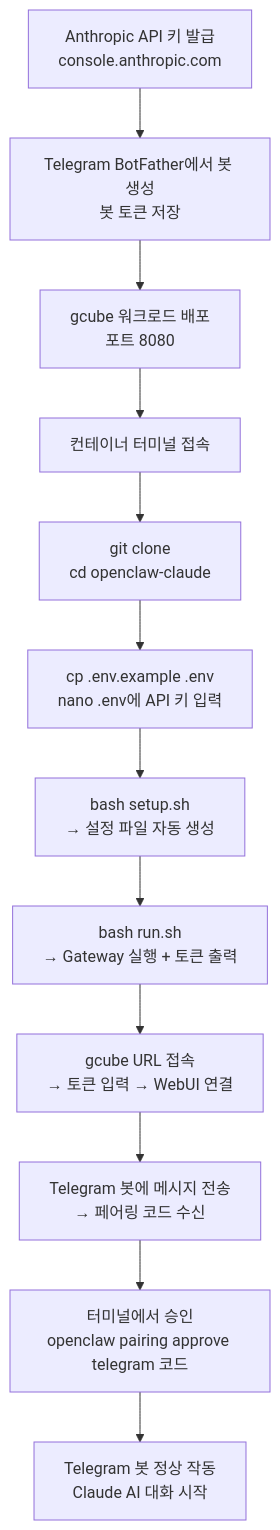
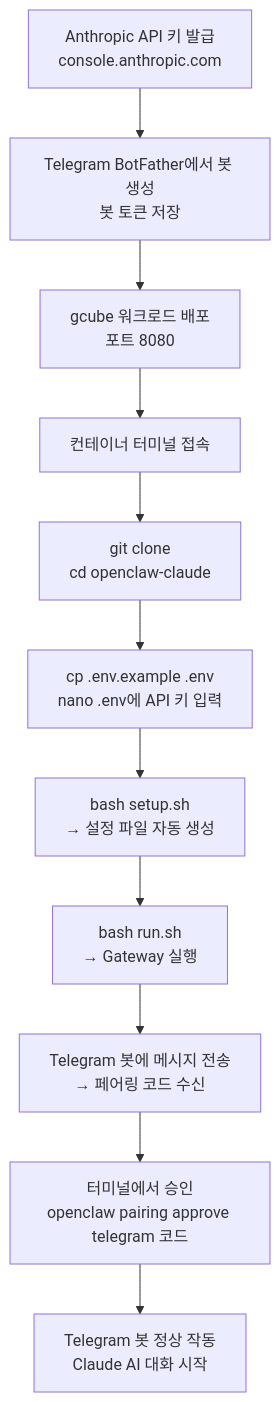
Before and after one commit to chaeyoon-08/openclaw-claude: the diagram in README.md, drawn with Mermaid. The commit also changed other lines of this file and 3 other files, not shown here.

Commit message:
docs: Gateway 실행 안내 메시지 README 반영

````diff
--- a/README.md
+++ b/README.md
@@ -10,15 +10,14 @@
 ```mermaid
 flowchart TD
     A[Anthropic API 키 발급<br/>console.anthropic.com] --> B
     B[Telegram BotFather에서 봇 생성<br/>봇 토큰 저장] --> C
     C[gcube 워크로드 배포<br/>포트 8080] --> D
     D[컨테이너 터미널 접속] --> E
     E[git clone<br/>cd openclaw-claude] --> F
     F[cp .env.example .env<br/>nano .env에 API 키 입력] --> G
     G[bash setup.sh<br/>→ 설정 파일 자동 생성] --> H
-    H[bash run.sh<br/>→ Gateway 실행 + 토큰 출력] --> I
-    I[gcube URL 접속<br/>→ 토큰 입력 → WebUI 연결] --> J
-    J[Telegram 봇에 메시지 전송<br/>→ 페어링 코드 수신] --> K
-    K[터미널에서 승인<br/>openclaw pairing approve telegram 코드] --> L
-    L[Telegram 봇 정상 작동<br/>Claude AI 대화 시작]
+    H[bash run.sh<br/>→ Gateway 실행] --> I
+    I[Telegram 봇에 메시지 전송<br/>→ 페어링 코드 수신] --> J
+    J[터미널에서 승인<br/>openclaw pairing approve telegram 코드] --> K
+    K[Telegram 봇 정상 작동<br/>Claude AI 대화 시작]
 ```
````
